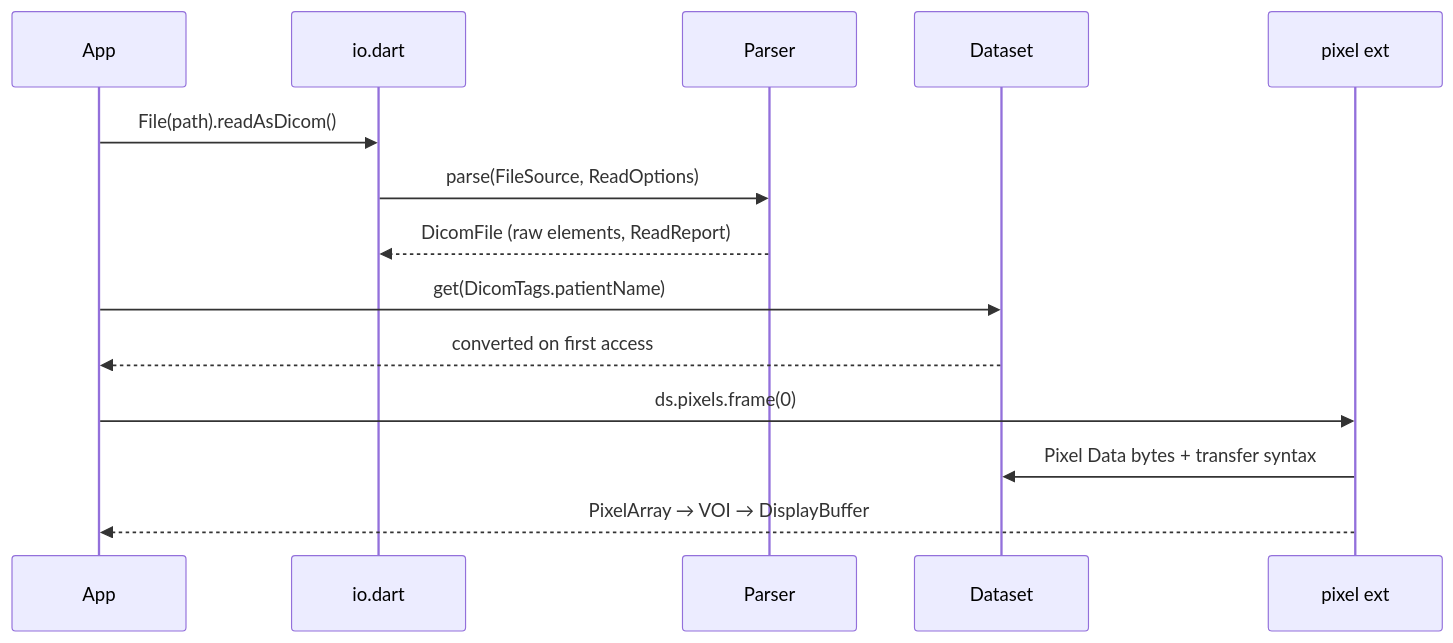
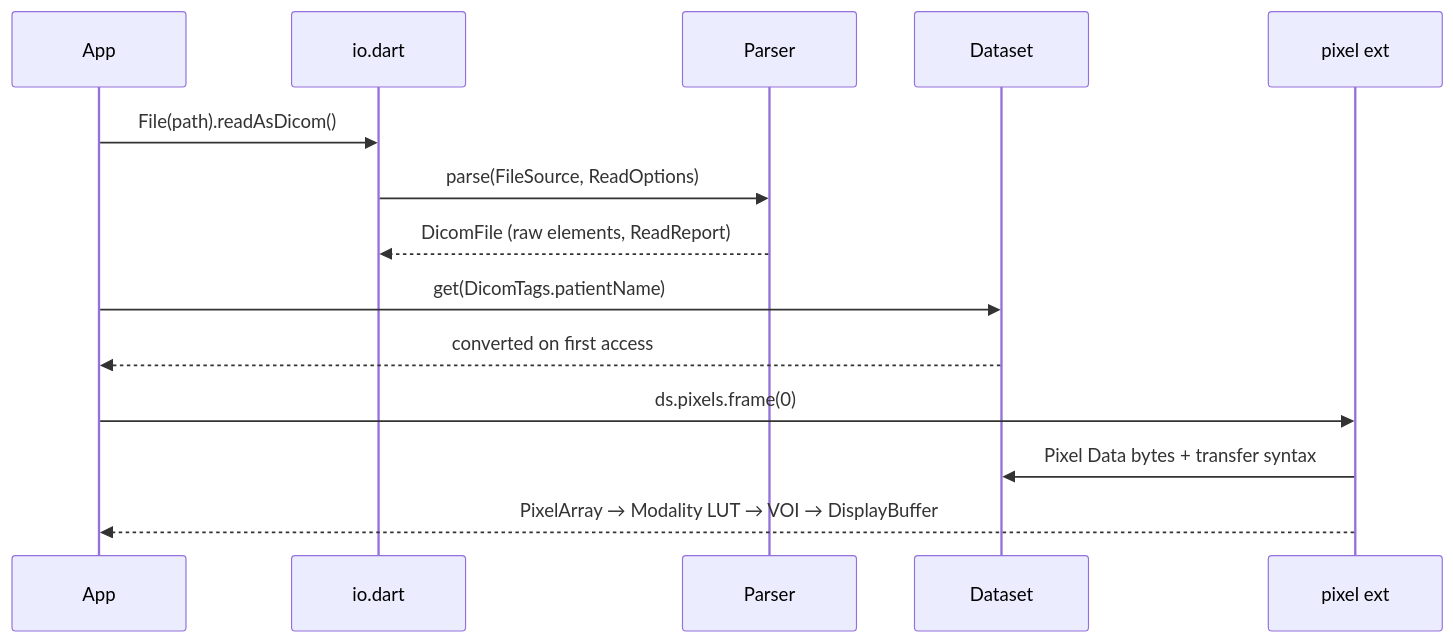
The eighth of 10 diagrams in docs/design/01-system-architecture.md (Lightbridge-KS/dartdicom), drawn with Mermaid before and after one commit. The commit also changed other lines of this file and 5 other files, not shown here.

````diff
--- a/docs/design/01-system-architecture.md
+++ b/docs/design/01-system-architecture.md
@@ -405,16 +406,16 @@
 ```mermaid
 sequenceDiagram
     participant App
     participant IO as io.dart
     participant P as Parser
     participant DS as Dataset
     participant PX as pixel ext
     App->>IO: File(path).readAsDicom()
     IO->>P: parse(FileSource, ReadOptions)
     P-->>IO: DicomFile (raw elements, ReadReport)
     App->>DS: get(DicomTags.patientName)
     DS-->>App: converted on first access
     App->>PX: ds.pixels.frame(0)
     PX->>DS: Pixel Data bytes + transfer syntax
-    PX-->>App: PixelArray → VOI → DisplayBuffer
+    PX-->>App: PixelArray → Modality LUT → VOI → DisplayBuffer
 ```
````
